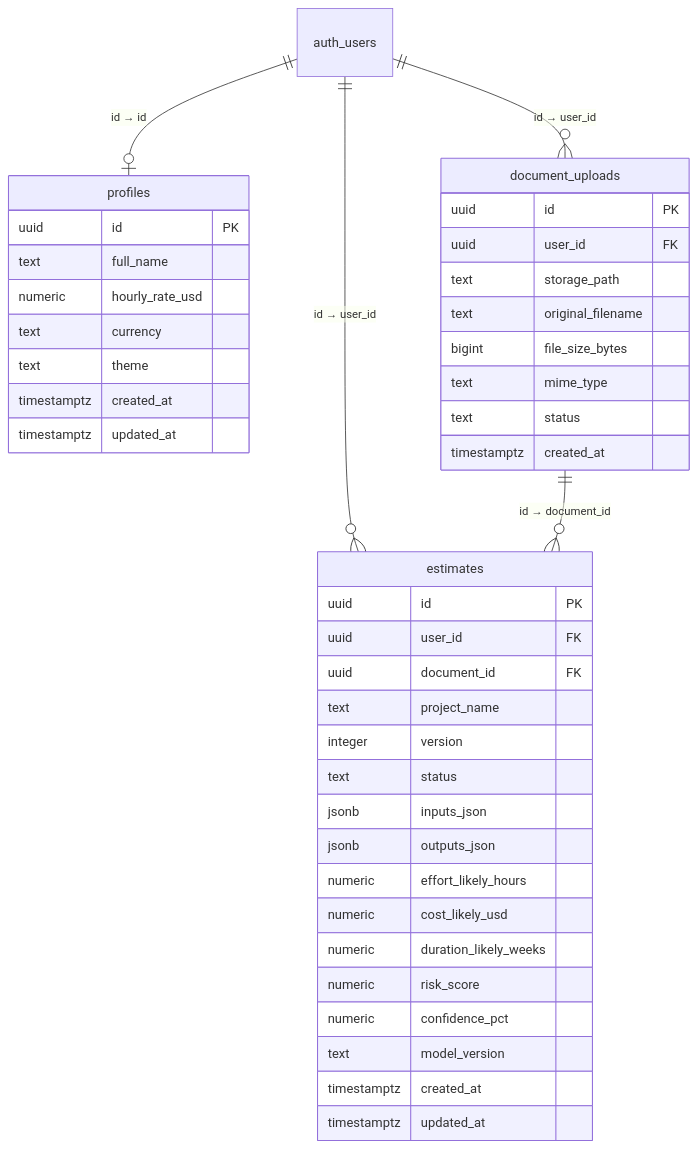
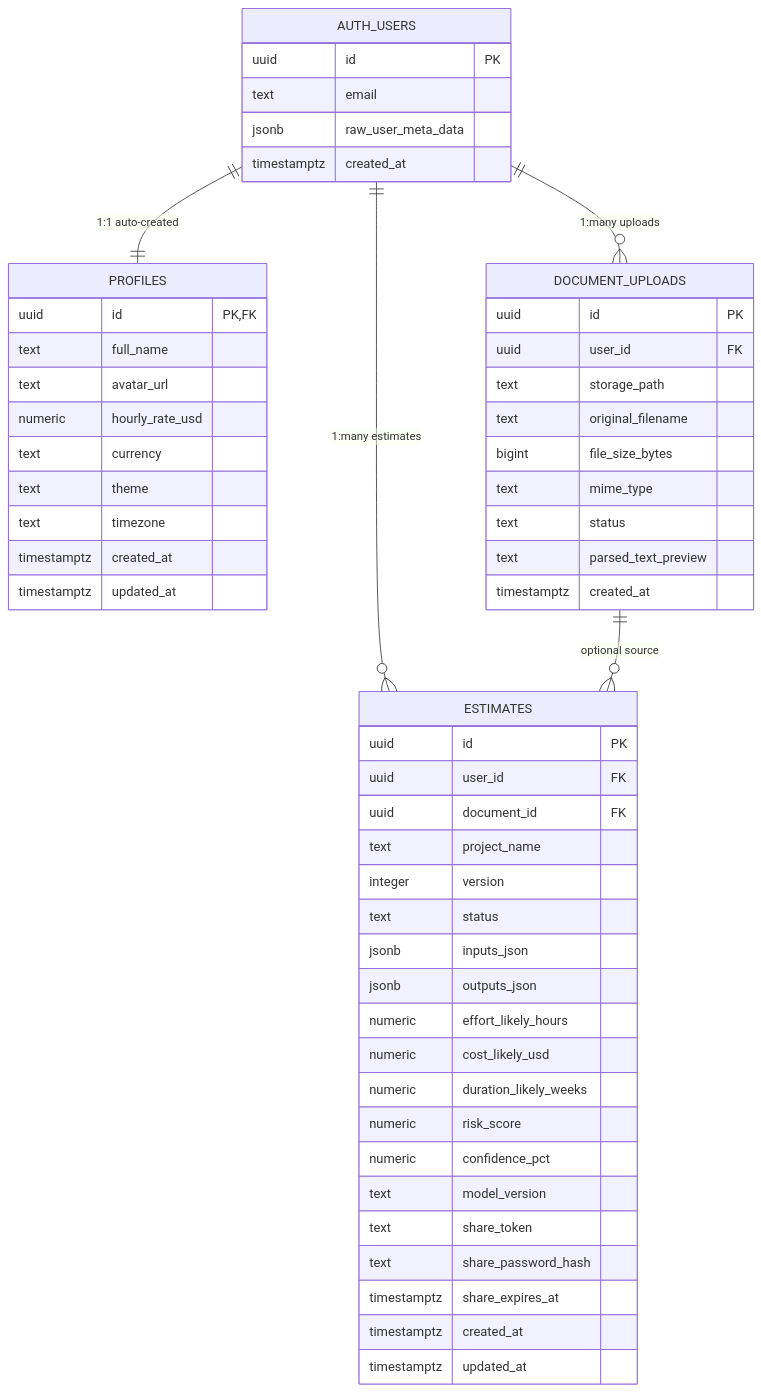
Before and after one commit to AtharvS7/PredictIQ: the third of 8 diagrams in docs/walkthrough.md, drawn with Mermaid. The commit also changed other lines of this file and 18 other files, not shown here.

````diff
--- a/docs/walkthrough.md
+++ b/docs/walkthrough.md
@@ -233,47 +268,60 @@
 ```mermaid
 erDiagram
-    auth_users ||--o| profiles : "id → id"
-    auth_users ||--o{ document_uploads : "id → user_id"
-    auth_users ||--o{ estimates : "id → user_id"
-    document_uploads ||--o{ estimates : "id → document_id"
+    AUTH_USERS {
+        uuid id PK
+        text email
+        jsonb raw_user_meta_data
+        timestamptz created_at
+    }
 
-    profiles {
-        uuid id PK
+    PROFILES {
+        uuid id PK,FK
         text full_name
+        text avatar_url
         numeric hourly_rate_usd
         text currency
         text theme
+        text timezone
         timestamptz created_at
         timestamptz updated_at
     }
 
-    document_uploads {
+    DOCUMENT_UPLOADS {
         uuid id PK
         uuid user_id FK
         text storage_path
         text original_filename
         bigint file_size_bytes
         text mime_type
         text status
+        text parsed_text_preview
         timestamptz created_at
     }
 
-    estimates {
+    ESTIMATES {
         uuid id PK
         uuid user_id FK
         uuid document_id FK
         text project_name
         integer version
         text status
         jsonb inputs_json
         jsonb outputs_json
         numeric effort_likely_hours
         numeric cost_likely_usd
         numeric duration_likely_weeks
         numeric risk_score
         numeric confidence_pct
         text model_version
+        text share_token
+        text share_password_hash
+        timestamptz share_expires_at
         timestamptz created_at
         timestamptz updated_at
     }
+
+    AUTH_USERS ||--|| PROFILES : "1:1 auto-created"
+    AUTH_USERS ||--o{ DOCUMENT_UPLOADS : "1:many uploads"
+    AUTH_USERS ||--o{ ESTIMATES : "1:many estimates"
+    DOCUMENT_UPLOADS ||--o{ ESTIMATES : "optional source"
 ```
````
